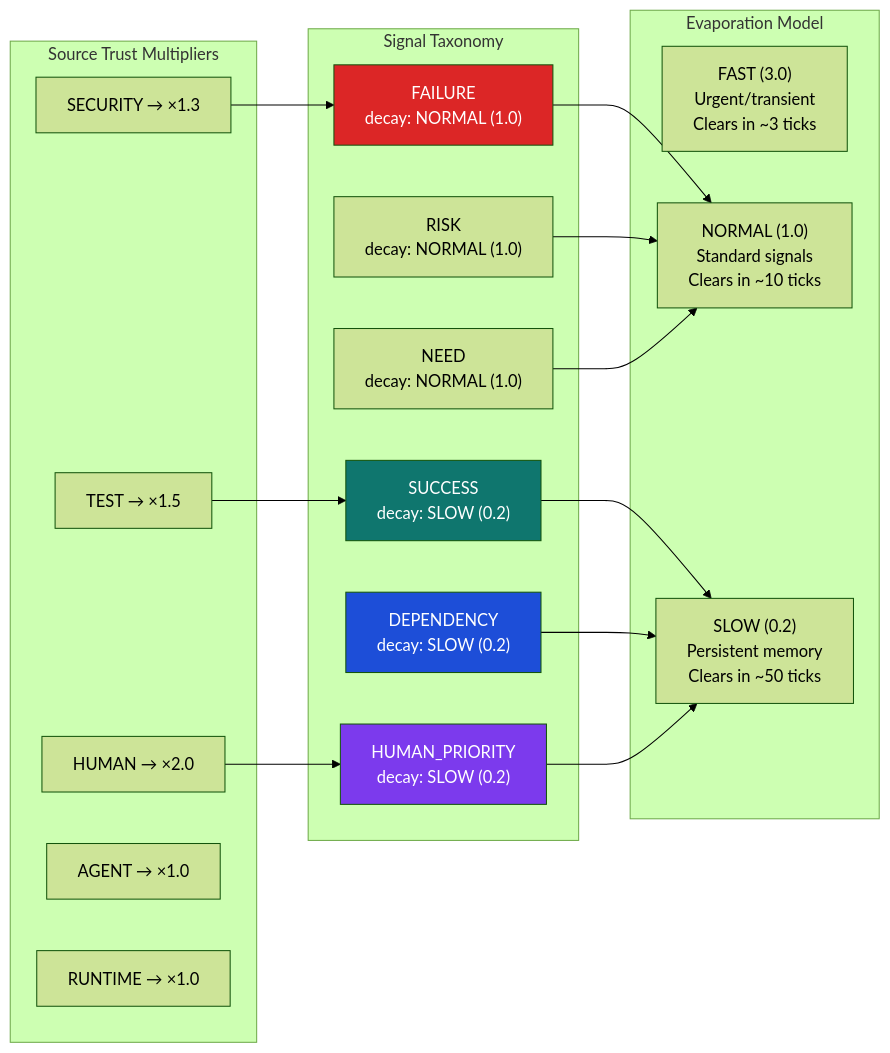
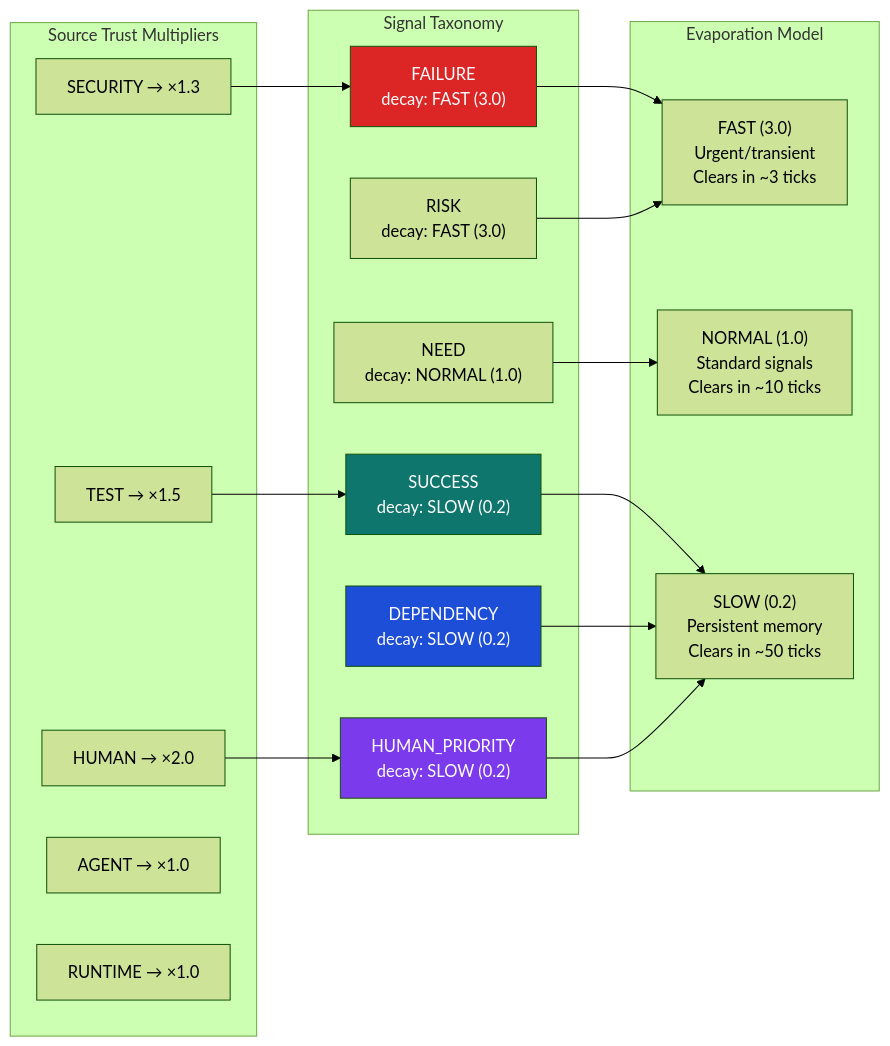
One commit to docxology/codomyrmex changed the third of 3 diagrams in docs/modules/colony_kernel/SPEC.md. Above: the diagram before and after it, drawn with Mermaid (forest theme). The commit also changed other lines of this file and 948 other files, not shown here.

````diff
--- a/docs/modules/colony_kernel/SPEC.md
+++ b/docs/modules/colony_kernel/SPEC.md
@@ -118,41 +122,41 @@
 ```mermaid
 graph LR
     subgraph signals["Signal Taxonomy"]
-        FAILURE["FAILURE<br/>decay: NORMAL (1.0)"]
+        FAILURE["FAILURE<br/>decay: FAST (3.0)"]
         SUCCESS["SUCCESS<br/>decay: SLOW (0.2)"]
-        RISK["RISK<br/>decay: NORMAL (1.0)"]
+        RISK["RISK<br/>decay: FAST (3.0)"]
         NEED["NEED<br/>decay: NORMAL (1.0)"]
         DEPENDENCY["DEPENDENCY<br/>decay: SLOW (0.2)"]
         HUMAN_PRIORITY["HUMAN_PRIORITY<br/>decay: SLOW (0.2)"]
     end
 
     subgraph sources["Source Trust Multipliers"]
         HUM["HUMAN → ×2.0"]
         TST["TEST → ×1.5"]
         SEC["SECURITY → ×1.3"]
         AGT["AGENT → ×1.0"]
         RNT["RUNTIME → ×1.0"]
     end
 
     subgraph evaporation["Evaporation Model"]
         FAST["FAST (3.0)<br/>Urgent/transient<br/>Clears in ~3 ticks"]
         NORMAL["NORMAL (1.0)<br/>Standard signals<br/>Clears in ~10 ticks"]
         SLOW["SLOW (0.2)<br/>Persistent memory<br/>Clears in ~50 ticks"]
     end
 
-    FAILURE --> NORMAL
+    FAILURE --> FAST
     SUCCESS --> SLOW
-    RISK --> NORMAL
+    RISK --> FAST
     NEED --> NORMAL
     DEPENDENCY --> SLOW
     HUMAN_PRIORITY --> SLOW
 
     HUM --> HUMAN_PRIORITY
     TST --> SUCCESS
     SEC --> FAILURE
 
     style SUCCESS fill:#0f766e,color:#fff
     style FAILURE fill:#dc2626,color:#fff
     style HUMAN_PRIORITY fill:#7c3aed,color:#fff
     style DEPENDENCY fill:#1d4ed8,color:#fff
 ```
````
